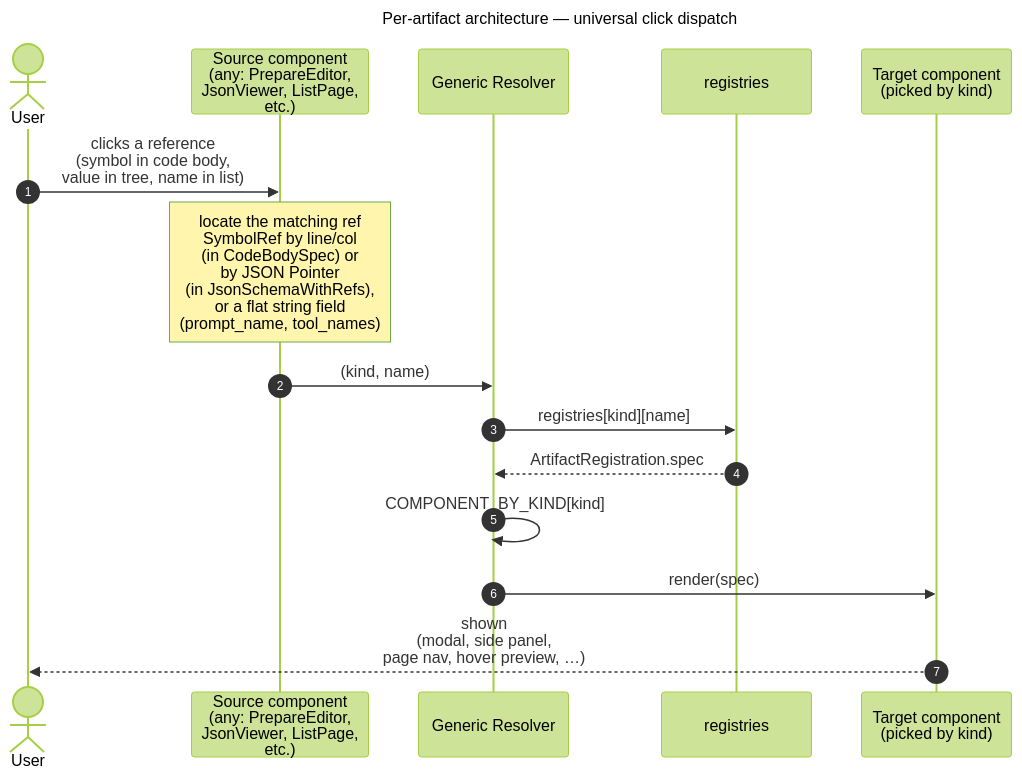
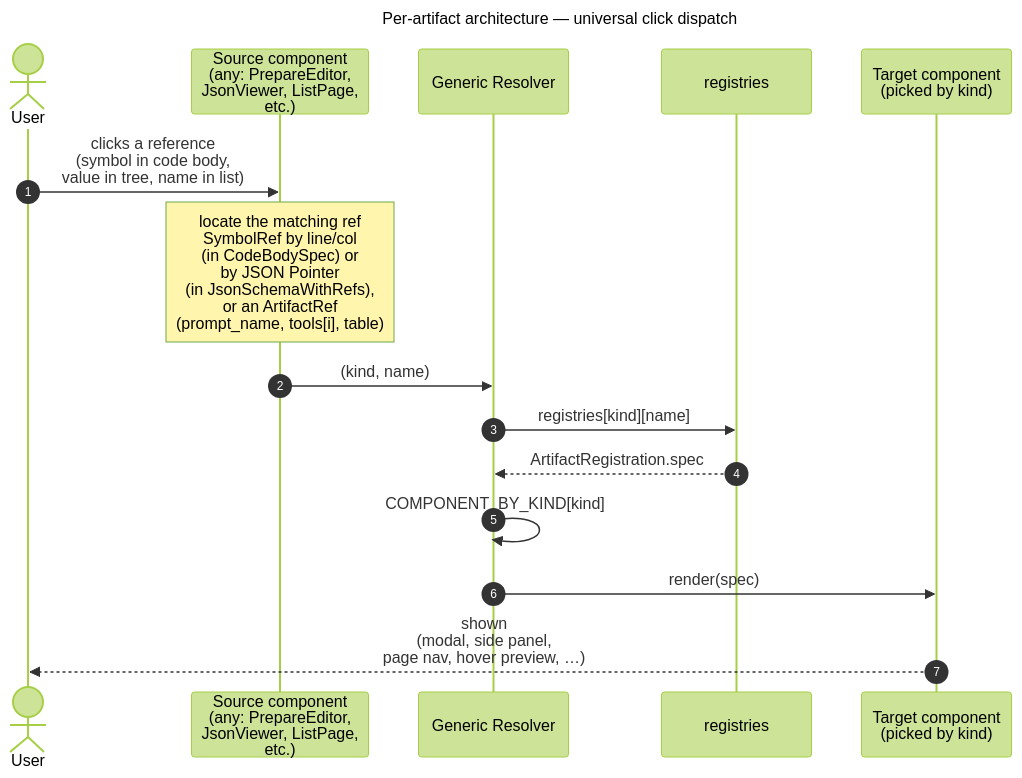
One commit to yugen-au/llm-pipeline changed the diagram in docs/architecture/diagrams/per-artifact-02-click-dispatch.mmd. Above: the diagram before and after it, drawn with Mermaid (forest theme). The commit also changed 7 other files, not shown here.

First line of the commit message:
refactor(specs): StepSpec.tool_names → tools: list[ArtifactRef]

```diff
--- a/docs/architecture/diagrams/per-artifact-02-click-dispatch.mmd
+++ b/docs/architecture/diagrams/per-artifact-02-click-dispatch.mmd
@@ -1,19 +1,19 @@
 ---
 title: Per-artifact architecture — universal click dispatch
 ---
 sequenceDiagram
   autonumber
   actor User
   participant SrcComp as Source component<br/>(any: PrepareEditor,<br/>JsonViewer, ListPage,<br/>etc.)
   participant Resolver as Generic Resolver
   participant Registries as registries
   participant TgtComp as Target component<br/>(picked by kind)
 
   User->>SrcComp: clicks a reference<br/>(symbol in code body,<br/>value in tree, name in list)
-  Note over SrcComp: locate the matching ref<br/>SymbolRef by line/col<br/>(in CodeBodySpec) or<br/>by JSON Pointer<br/>(in JsonSchemaWithRefs),<br/>or a flat string field<br/>(prompt_name, tool_names)
+  Note over SrcComp: locate the matching ref<br/>SymbolRef by line/col<br/>(in CodeBodySpec) or<br/>by JSON Pointer<br/>(in JsonSchemaWithRefs),<br/>or an ArtifactRef<br/>(prompt_name, tools[i], table)
   SrcComp->>Resolver: (kind, name)
   Resolver->>Registries: registries[kind][name]
   Registries-->>Resolver: ArtifactRegistration.spec
   Resolver->>Resolver: COMPONENT_BY_KIND[kind]
   Resolver->>TgtComp: render(spec)
   TgtComp-->>User: shown<br/>(modal, side panel,<br/>page nav, hover preview, …)
```
